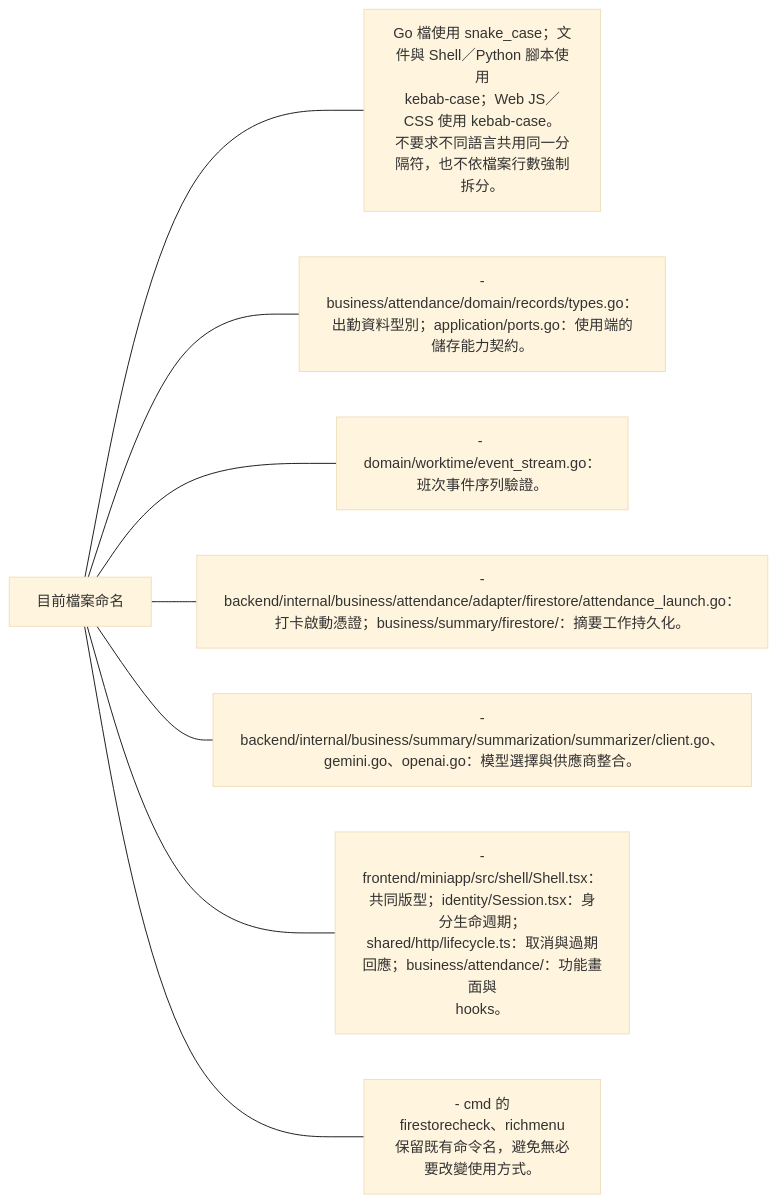
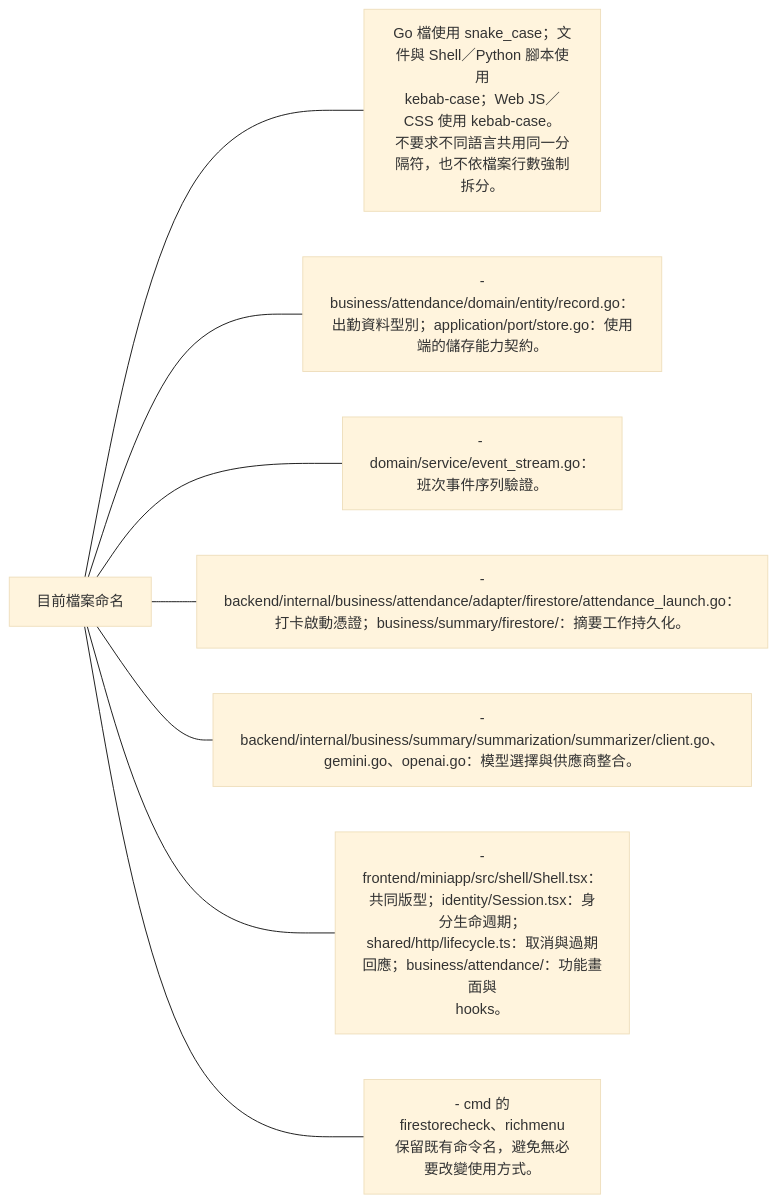
One commit to 963sup/line-mini-app-bot changed the fourth of 4 diagrams in docs/standards/naming.md. Above: the diagram before and after it, drawn with Mermaid (base theme). The commit also changed 114 other files, not shown here.

Commit message:
refactor(attendance): organize domain and application responsibilities

````diff
--- a/docs/standards/naming.md
+++ b/docs/standards/naming.md
@@ -51,11 +51,11 @@
 ```mermaid
 flowchart LR
   h["目前檔案命名"]
   h --- n0["Go 檔使用 snake_case；文件與 Shell／Python 腳本使用<br/>kebab-case；Web JS／CSS 使用 kebab-case。<br/>不要求不同語言共用同一分隔符，也不依檔案行數強制拆分。"]
-  h --- n1["-<br/>business/attendance/domain/records/types.go：出勤資料型別；application/ports.go：使用端的儲存能力契約。"]
-  h --- n2["- domain/worktime/event_stream.go：班次事件序列驗證。"]
+  h --- n1["-<br/>business/attendance/domain/entity/record.go：出勤資料型別；application/port/store.go：使用端的儲存能力契約。"]
+  h --- n2["- domain/service/event_stream.go：班次事件序列驗證。"]
   h --- n3["-<br/>backend/internal/business/attendance/adapter/firestore/attendance_launch.go：打卡啟動憑證；business/summary/firestore/：摘要工作持久化。"]
   h --- n4["-<br/>backend/internal/business/summary/summarization/summarizer/client.go、gemini.go、openai.go：模型選擇與供應商整合。"]
   h --- n5["-<br/>frontend/miniapp/src/shell/Shell.tsx：共同版型；identity/Session.tsx：身分生命週期；shared/http/lifecycle.ts：取消與過期回應；business/attendance/：功能畫面與<br/>hooks。"]
   h --- n6["- cmd 的<br/>firestorecheck、richmenu<br/>保留既有命令名，避免無必要改變使用方式。"]
 ```
````
